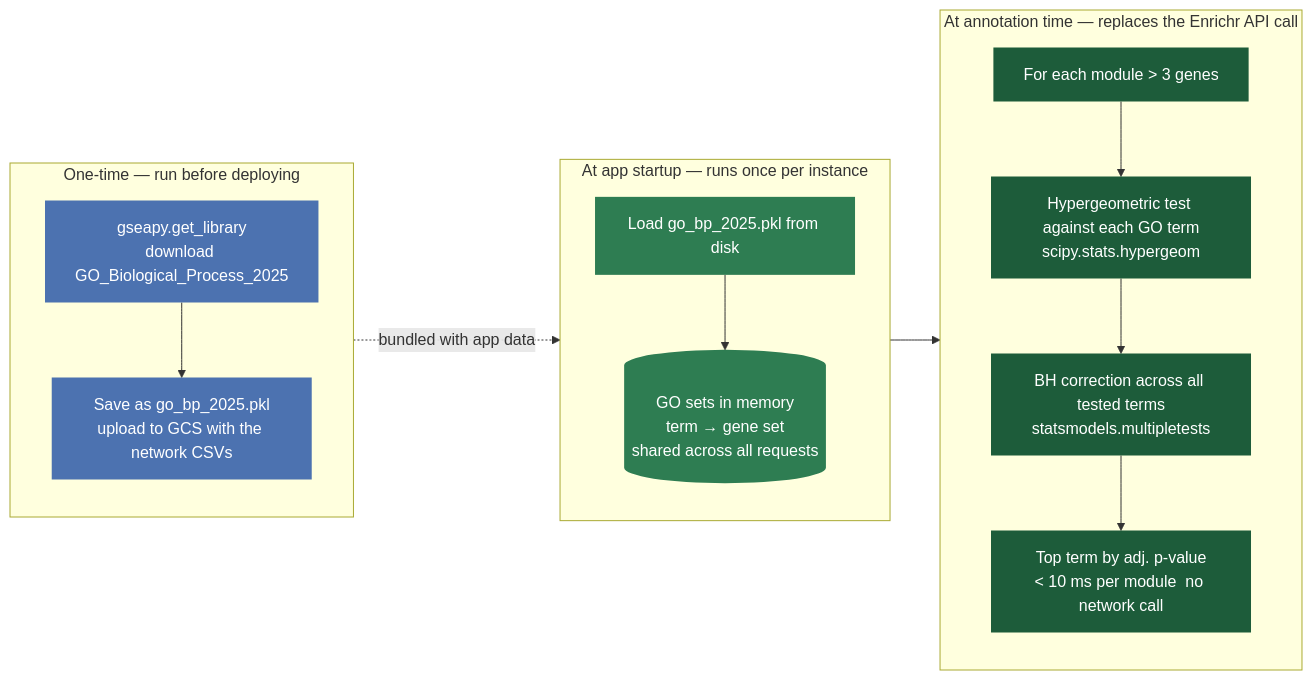
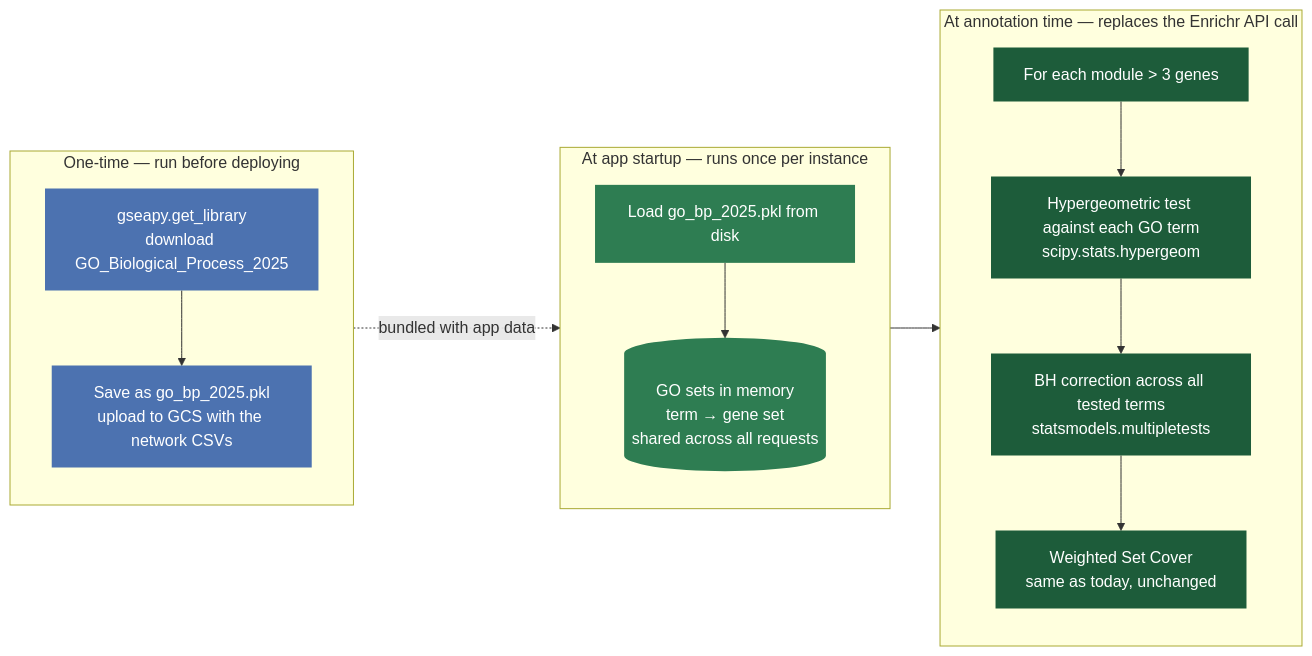
Before and after one commit to EMBL-EBI-ABC/PerturbationCatalogue: the third of 3 diagrams in coessentiality_feature/documentation/gene_list_workflow.md, drawn with Mermaid. The commit also changed other lines of this file and 1 other file, not shown here.

````diff
--- a/coessentiality_feature/documentation/gene_list_workflow.md
+++ b/coessentiality_feature/documentation/gene_list_workflow.md
@@ -104,30 +172,30 @@
 ```mermaid
 flowchart LR
 
 classDef once   fill:#4C72B0,color:#fff,stroke:none
 classDef boot   fill:#2E7D52,color:#fff,stroke:none
 classDef live   fill:#1D5C3A,color:#fff,stroke:none
 
 subgraph ONCE["One-time — run before deploying"]
     A[gseapy.get_library\ndownload GO_Biological_Process_2025]:::once
     B[Save as go_bp_2025.pkl\nupload to GCS with the network CSVs]:::once
     A --> B
 end
 
 subgraph BOOT["At app startup — runs once per instance"]
     C[Load go_bp_2025.pkl from disk]:::boot
     D[(GO sets in memory\nterm → gene set\nshared across all requests)]:::boot
     C --> D
 end
 
 subgraph LIVE["At annotation time — replaces the Enrichr API call"]
     E[For each module > 3 genes]:::live
     F[Hypergeometric test against each GO term\nscipy.stats.hypergeom]:::live
     G[BH correction across all tested terms\nstatsmodels.multipletests]:::live
-    H[Top term by adj. p-value\n< 10 ms per module  no network call]:::live
+    H[Weighted Set Cover\nsame as today, unchanged]:::live
     E --> F --> G --> H
 end
 
 ONCE -.->|bundled with app data| BOOT
 BOOT --> LIVE
 ```
````
